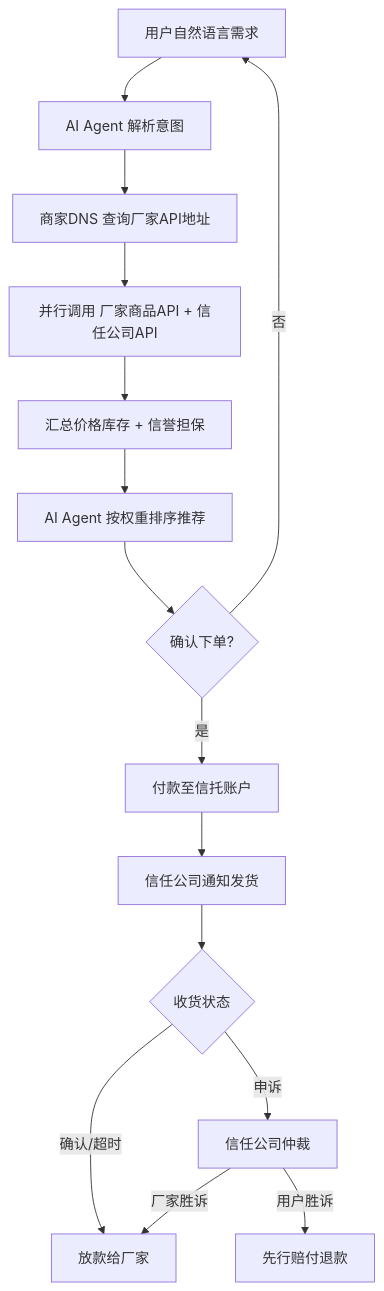
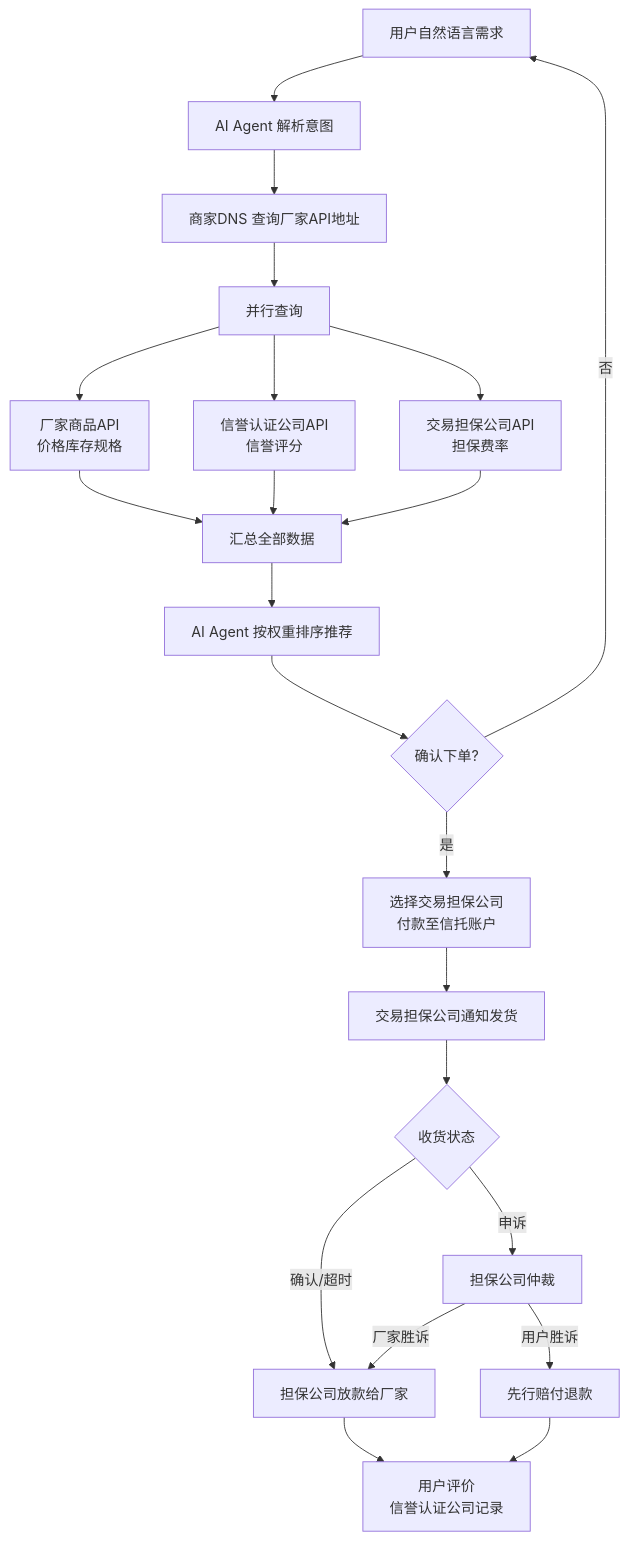
The third of 3 diagrams in 中文简体/02-核心架构与角色.md (kaicen-x/ai-shopping-paradigm), drawn with Mermaid before and after one commit. The commit also changed other lines of this file and 4 other files, not shown here.

````diff
--- a/中文简体/02-核心架构与角色.md
+++ b/中文简体/02-核心架构与角色.md
@@ -186,17 +289,24 @@
 ```mermaid
 flowchart TD
- A[用户自然语言需求] --> B[AI Agent 解析意图]
- B --> C[商家DNS 查询厂家API地址]
- C --> D[并行调用 厂家商品API + 信任公司API]
- D --> E[汇总价格库存 + 信誉担保]
- E --> F[AI Agent 按权重排序推荐]
- F --> G{确认下单?}
- G -->|否| A
- G -->|是| H[付款至信托账户]
- H --> I[信任公司通知发货]
- I --> J{收货状态}
- J -->|确认/超时| K[放款给厂家]
- J -->|申诉| L[信任公司仲裁]
- L -->|用户胜诉| M[先行赔付退款]
- L -->|厂家胜诉| K
+    A[用户自然语言需求] --> B[AI Agent 解析意图]
+    B --> C[商家DNS 查询厂家API地址]
+    C --> D[并行查询]
+    D --> D1[厂家商品API<br/>价格库存规格]
+    D --> D2[信誉认证公司API<br/>信誉评分]
+    D --> D3[交易担保公司API<br/>担保费率]
+    D1 --> E[汇总全部数据]
+    D2 --> E
+    D3 --> E
+    E --> F[AI Agent 按权重排序推荐]
+    F --> G{确认下单?}
+    G -->|否| A
+    G -->|是| H[选择交易担保公司<br/>付款至信托账户]
+    H --> I[交易担保公司通知发货]
+    I --> J{收货状态}
+    J -->|确认/超时| K[担保公司放款给厂家]
+    J -->|申诉| L[担保公司仲裁]
+    L -->|用户胜诉| M[先行赔付退款]
+    L -->|厂家胜诉| K
+    K --> N[用户评价<br/>信誉认证公司记录]
+    M --> N
 ```
````
